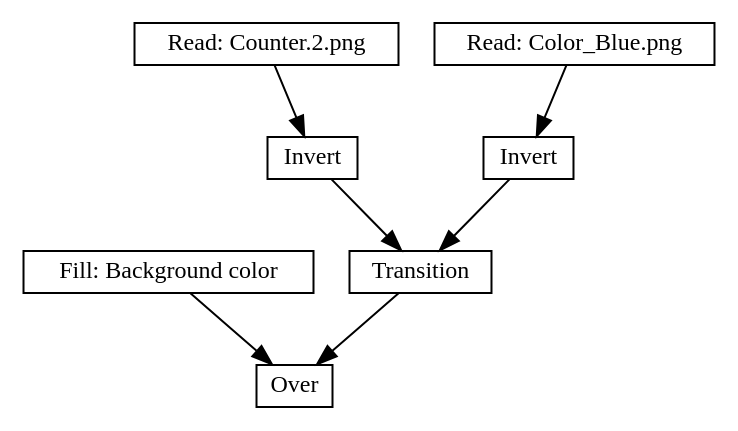
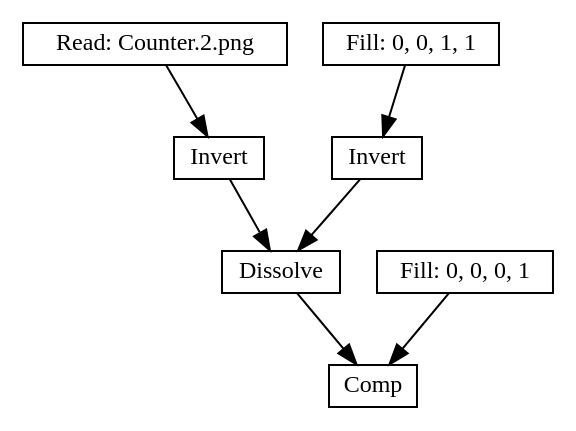
Before and after one commit to darbyjohnston/toucan: the diagram in images/Transition2Graph.dot, drawn with Graphviz. The commit also changed 7 other files, not shown here.

```diff
--- a/images/Transition2Graph.dot
+++ b/images/Transition2Graph.dot
@@ -1,16 +1,16 @@
 digraph Transition2 {
     node [shape=box, fontsize=12, margin=0.05, width=0, height=0];
-    Fill [label="Fill: Background color"]
-    Read [label="Read: Counter.2.png"]
-    Read2 [label="Read: Color_Blue.png"]
-    Invert [label="Invert"]
-    Invert2 [label="Invert"]
-    Transition [label="Transition"]
-    Over [label="Over"]
-    Fill -> Over;
-    Read -> Invert;
-    Invert -> Transition;
-    Read2 -> Invert2;
-    Invert2 -> Transition;
-    Transition -> Over;
+    Comp_2198512534800 [label="Comp"]
+    Dissolve_2198694435648 -> Comp_2198512534800
+    Dissolve_2198694435648 [label="Dissolve"]
+    Invert_2198612175136 -> Dissolve_2198694435648
+    Invert_2198612175136 [label="Invert"]
+    SequenceRead_2198694381632 -> Invert_2198612175136
+    SequenceRead_2198694381632 [label="Read: Counter.2.png"]
+    Invert_2198612185696 -> Dissolve_2198694435648
+    Invert_2198612185696 [label="Invert"]
+    Fill_2198512578320 -> Invert_2198612185696
+    Fill_2198512578320 [label="Fill: 0, 0, 1, 1"]
+    Fill_2198545780528 -> Comp_2198512534800
+    Fill_2198545780528 [label="Fill: 0, 0, 0, 1"]
 }
```
